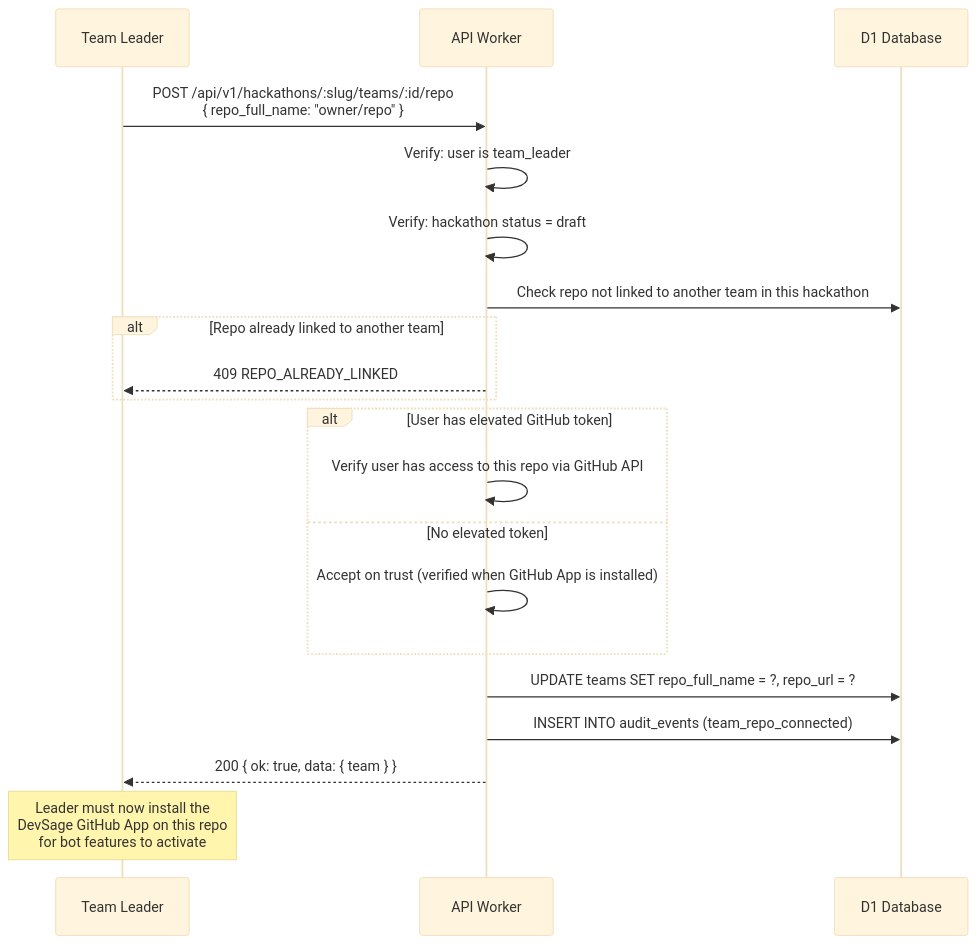
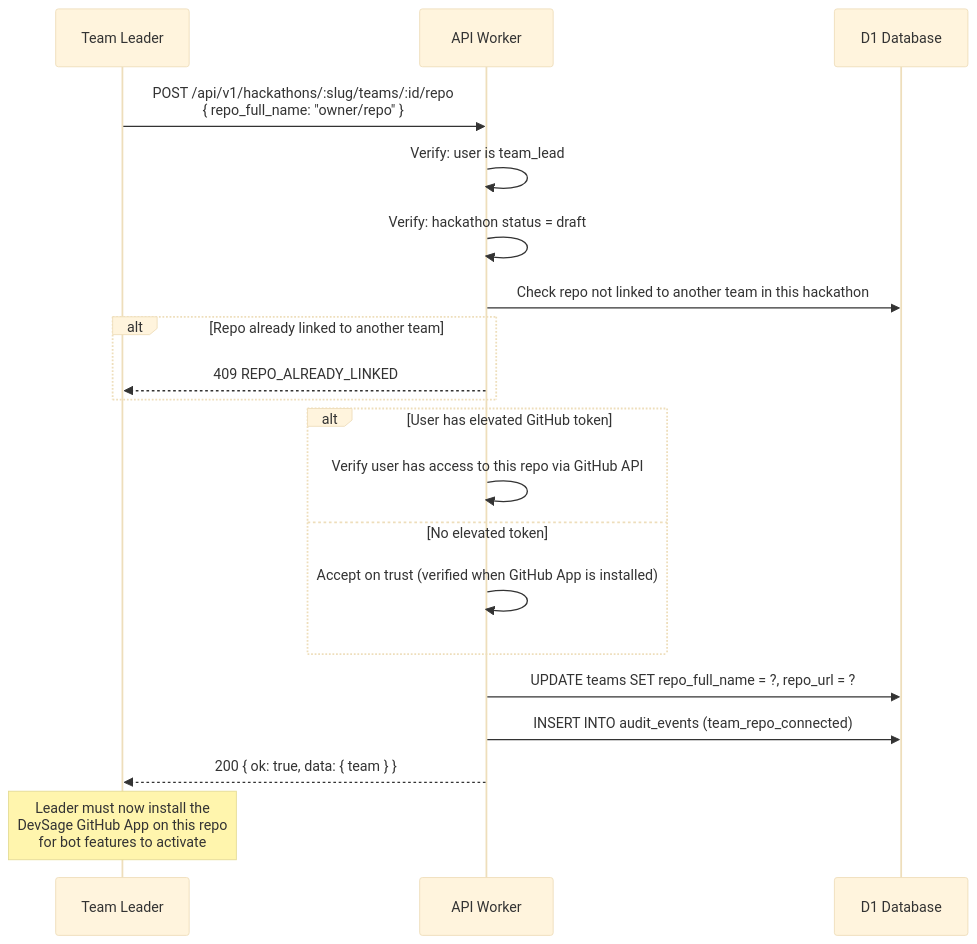
One commit to devangshupandey2025-stack/DevSage changed the fifth of 11 diagrams in docs/v3/planned/team-management.md. Above: the diagram before and after it, drawn with Mermaid (base theme). The commit also changed other lines of this file and 2 other files, not shown here.

First line of the commit message:
docs(core): fix canonical role names in lifecycle, roles, and team management docs

````diff
--- a/docs/v3/planned/team-management.md
+++ b/docs/v3/planned/team-management.md
@@ -207,27 +207,27 @@
 ```mermaid
 sequenceDiagram
     participant L as Team Leader
     participant W as API Worker
     participant D1 as D1 Database
 
     L->>W: POST /api/v1/hackathons/:slug/teams/:id/repo<br/>{ repo_full_name: "owner/repo" }
-    W->>W: Verify: user is team_leader
+    W->>W: Verify: user is team_lead
     W->>W: Verify: hackathon status = draft
     W->>D1: Check repo not linked to another team in this hackathon
 
     alt Repo already linked to another team
         W-->>L: 409 REPO_ALREADY_LINKED
     end
 
     alt User has elevated GitHub token
         W->>W: Verify user has access to this repo via GitHub API
     else No elevated token
         W->>W: Accept on trust (verified when GitHub App is installed)
     end
 
     W->>D1: UPDATE teams SET repo_full_name = ?, repo_url = ?
     W->>D1: INSERT INTO audit_events (team_repo_connected)
     W-->>L: 200 { ok: true, data: { team } }
 
     Note over L: Leader must now install the<br/>DevSage GitHub App on this repo<br/>for bot features to activate
 ```
````
